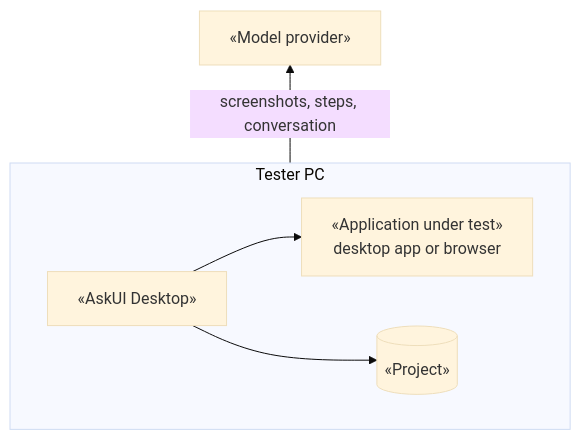
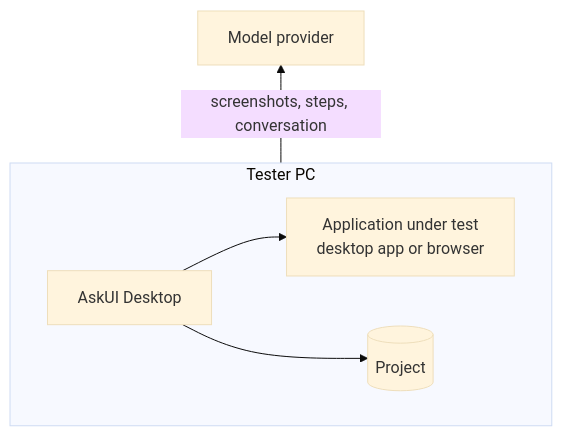
Before and after one commit to askui/docs-rewrite: the first of 2 diagrams in content/docs/concepts/enterprise-fit.mdx, drawn with Mermaid (base theme). The commit also changed other lines of this file and 2 other files, not shown here.

First line of the commit message:
docs: diagrams fit the content column; plain labels

````diff
--- a/content/docs/concepts/enterprise-fit.mdx
+++ b/content/docs/concepts/enterprise-fit.mdx
@@ -20,12 +20,12 @@
 ```mermaid
 flowchart BT
   subgraph pc["Tester PC"]
     direction LR
-    D["«AskUI Desktop»"]
-    A["«Application under test»<br/>desktop app or browser"]
-    F[("«Project»")]
+    D["AskUI Desktop"]
+    A["Application under test<br/>desktop app or browser"]
+    F[("Project")]
     D --> A
     D --> F
   end
-  pc -->|"screenshots, steps, conversation"| M["«Model provider»"]
+  pc -->|"screenshots, steps, conversation"| M["Model provider"]
 ```
````
